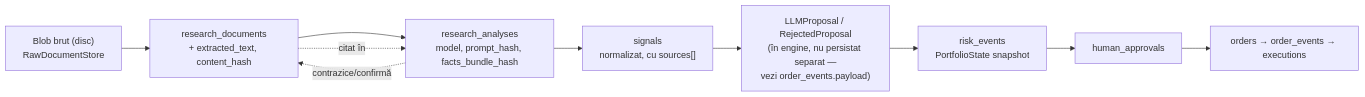
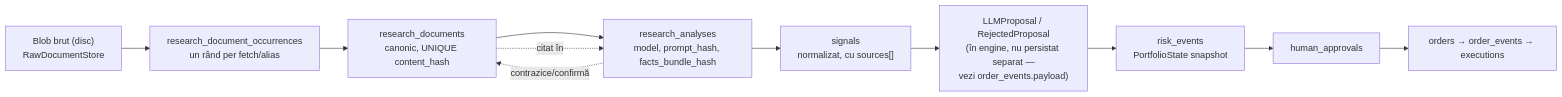
The third of 4 diagrams in docs/database-design.md (neorimia/trading-agent), drawn with Mermaid before and after one commit. The commit also changed other lines of this file and 77 other files, not shown here.

````diff
--- a/docs/database-design.md
+++ b/docs/database-design.md
@@ -1042,13 +1082,14 @@
 ```mermaid
 flowchart LR
-    RAW["Blob brut (disc)<br/>RawDocumentStore"] --> DOC["research_documents<br/>+ extracted_text, content_hash"]
+    RAW["Blob brut (disc)<br/>RawDocumentStore"] --> OCC["research_document_occurrences<br/>un rând per fetch/alias"]
+    OCC --> DOC["research_documents<br/>canonic, UNIQUE content_hash"]
     DOC --> AN["research_analyses<br/>model, prompt_hash, facts_bundle_hash"]
     AN --> SIG["signals<br/>normalizat, cu sources[]"]
     SIG --> PROP["LLMProposal / RejectedProposal<br/>(în engine, nu persistat separat —<br/>vezi order_events.payload)"]
     PROP --> RISK["risk_events<br/>PortfolioState snapshot"]
     RISK --> APPR["human_approvals"]
     APPR --> ORD["orders → order_events → executions"]
 
     DOC -.->|"citat în"| AN
     AN -.->|"contrazice/confirmă"| DOC
 ```
````
